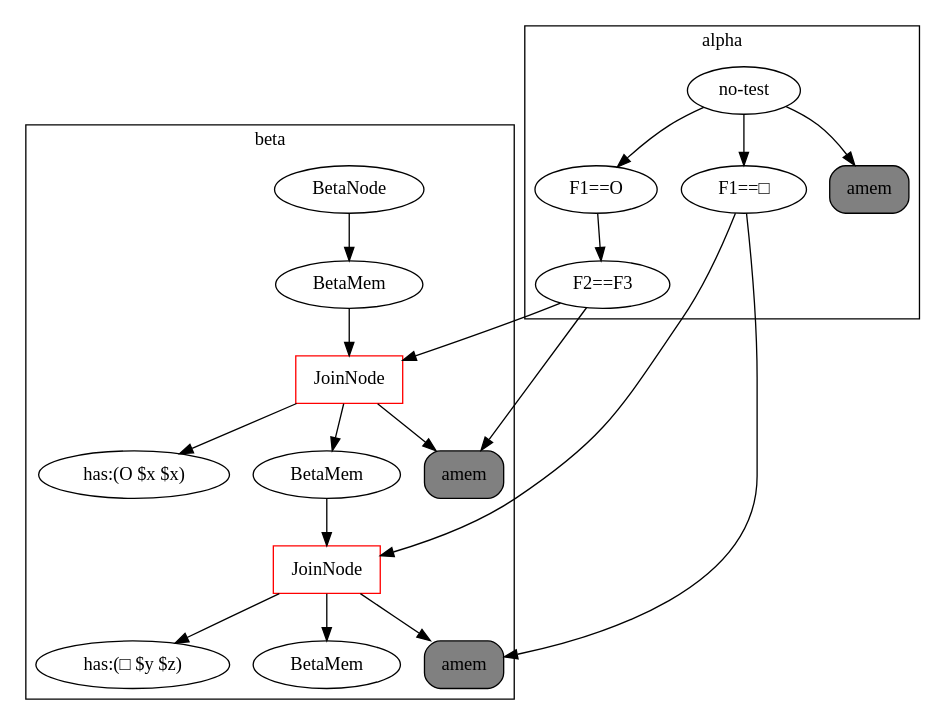
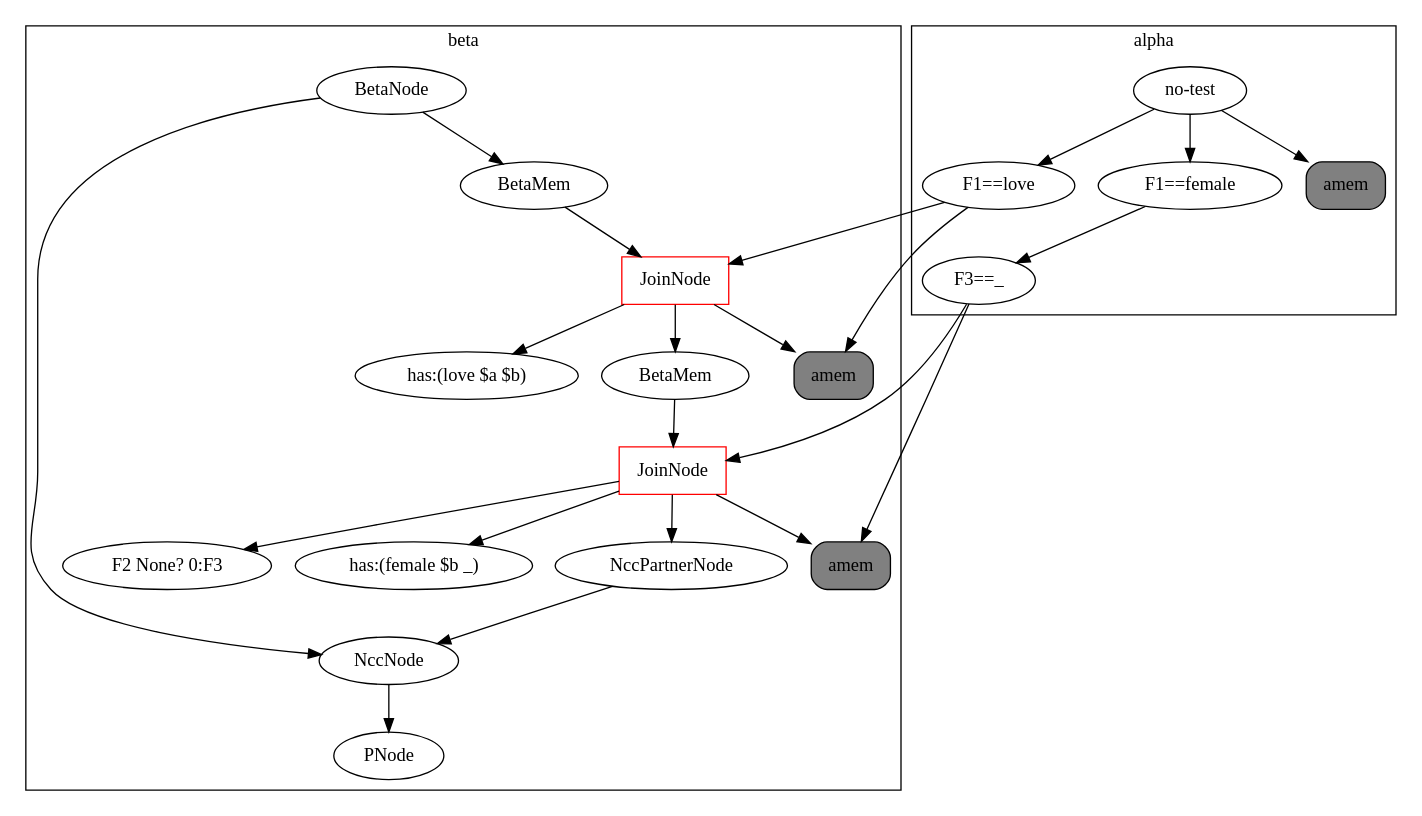
Before and after one commit to Cybernetic1/GIRL: the diagram in rete.dot, drawn with Graphviz. The commit also changed 9 other files, not shown here.

```diff
--- a/rete.dot
+++ b/rete.dot
@@ -1,36 +1,40 @@
 digraph {
 	subgraph cluster_1 {
 	label = beta
-	"BetaNode 139848328891248" [label="BetaNode"];
-	"BetaMemory 139848329021592" [label="BetaMem"];
-	"BetaNode 139848328891248" -> "BetaMemory 139848329021592";
-	"JoinNode 139848329021872" [label="BetaMem"];
-	"BetaMemory 139848329021592" -> "JoinNode 139848329021872";
-	"JoinNode 139848329021872" [shape=box, color=red, label="JoinNode"];
-	"JoinNode 139848329021872" -> "amem:<rete.alpha.AlphaMemory object at 0x7f30f9f94978>"
-	"JoinNode 139848329021872" -> "has:(O $x $x)"
-	"BetaMemory 139848329021928" [label="BetaMem"];
-	"JoinNode 139848329021872" -> "BetaMemory 139848329021928";
-	"JoinNode 139848329022096" [label="BetaMem"];
-	"BetaMemory 139848329021928" -> "JoinNode 139848329022096";
-	"JoinNode 139848329022096" [shape=box, color=red, label="JoinNode"];
-	"JoinNode 139848329022096" -> "amem:<rete.alpha.AlphaMemory object at 0x7f30f9f94a58>"
-	"JoinNode 139848329022096" -> "has:(□ $y $z)"
-	"PNode 139848329021536" [label="BetaMem"];
-	"JoinNode 139848329022096" -> "PNode 139848329021536";
+	"BetaNode 140452181298704" [label="BetaNode"];
+	"BetaNode 140452181298704" -> "BetaMemory 140452181413224";
+	"BetaMemory 140452181413224" [label="BetaMem"];
+	"BetaMemory 140452181413224" -> "JoinNode 140452181413448";
+	"JoinNode 140452181413448" [shape=box, color=red, label="JoinNode"];
+	"JoinNode 140452181413448" -> "amem:<rete.alpha.AlphaMemory object at 0x7fbd92618e10>"
+	"JoinNode 140452181413448" -> "has:(love $a $b)"
+	"JoinNode 140452181413448" -> "BetaMemory 140452181413504";
+	"BetaMemory 140452181413504" [label="BetaMem"];
+	"BetaMemory 140452181413504" -> "JoinNode 140452181413784";
+	"JoinNode 140452181413784" [shape=box, color=red, label="JoinNode"];
+	"JoinNode 140452181413784" -> "amem:<rete.alpha.AlphaMemory object at 0x7fbd92618f60>"
+	"JoinNode 140452181413784" -> "has:(female $b _)"
+	"JoinNode 140452181413784" -> "F2 None? 0:F3"
+	"JoinNode 140452181413784" -> "<rete.ncc_node.NccPartnerNode object at 0x7fbd92618fd0>";
+	"<rete.ncc_node.NccPartnerNode object at 0x7fbd92618fd0>" [label="NccPartnerNode"];
+	"<rete.ncc_node.NccPartnerNode object at 0x7fbd92618fd0>" -> "<rete.ncc_node.NccNode object at 0x7fbd92618d30>";
+	"BetaNode 140452181298704" -> "<rete.ncc_node.NccNode object at 0x7fbd92618d30>";
+	"<rete.ncc_node.NccNode object at 0x7fbd92618d30>" [label="NccNode"];
+	"<rete.ncc_node.NccNode object at 0x7fbd92618d30>" -> "PNode 140452181413112";
+	"PNode 140452181413112" [label="PNode"];
 	}
 	subgraph cluster_0 {
 	label = alpha
-	"no-test" -> "F1==O";
-	"F1==O" -> "F2==F3";
-	"F2==F3" -> "amem:<rete.alpha.AlphaMemory object at 0x7f30f9f94978>";
-	"amem:<rete.alpha.AlphaMemory object at 0x7f30f9f94978>" [shape=box, style="rounded,filled", label="amem", fillcolor=gray];
-	"no-test" -> "F1==□";
-	"F1==□" -> "amem:<rete.alpha.AlphaMemory object at 0x7f30f9f94a58>";
-	"amem:<rete.alpha.AlphaMemory object at 0x7f30f9f94a58>" [shape=box, style="rounded,filled", label="amem", fillcolor=gray];
-	"no-test" -> "amem:<rete.alpha.AlphaMemory object at 0x7f30f9f74828>";
-	"amem:<rete.alpha.AlphaMemory object at 0x7f30f9f74828>" [shape=box, style="rounded,filled", label="amem", fillcolor=gray];
+	"no-test" -> "F1==love";
+	"F1==love" -> "amem:<rete.alpha.AlphaMemory object at 0x7fbd92618e10>";
+	"amem:<rete.alpha.AlphaMemory object at 0x7fbd92618e10>" [shape=box, style="rounded,filled", label="amem", fillcolor=gray];
+	"no-test" -> "F1==female";
+	"F1==female" -> "F3==_";
+	"F3==_" -> "amem:<rete.alpha.AlphaMemory object at 0x7fbd92618f60>";
+	"amem:<rete.alpha.AlphaMemory object at 0x7fbd92618f60>" [shape=box, style="rounded,filled", label="amem", fillcolor=gray];
+	"no-test" -> "amem:<rete.alpha.AlphaMemory object at 0x7fbd925fcbe0>";
+	"amem:<rete.alpha.AlphaMemory object at 0x7fbd925fcbe0>" [shape=box, style="rounded,filled", label="amem", fillcolor=gray];
 	}
-	"F2==F3" -> "JoinNode 139848329021872";
-	"F1==□" -> "JoinNode 139848329022096";
+	"F1==love" -> "JoinNode 140452181413448";
+	"F3==_" -> "JoinNode 140452181413784";
 }
```
